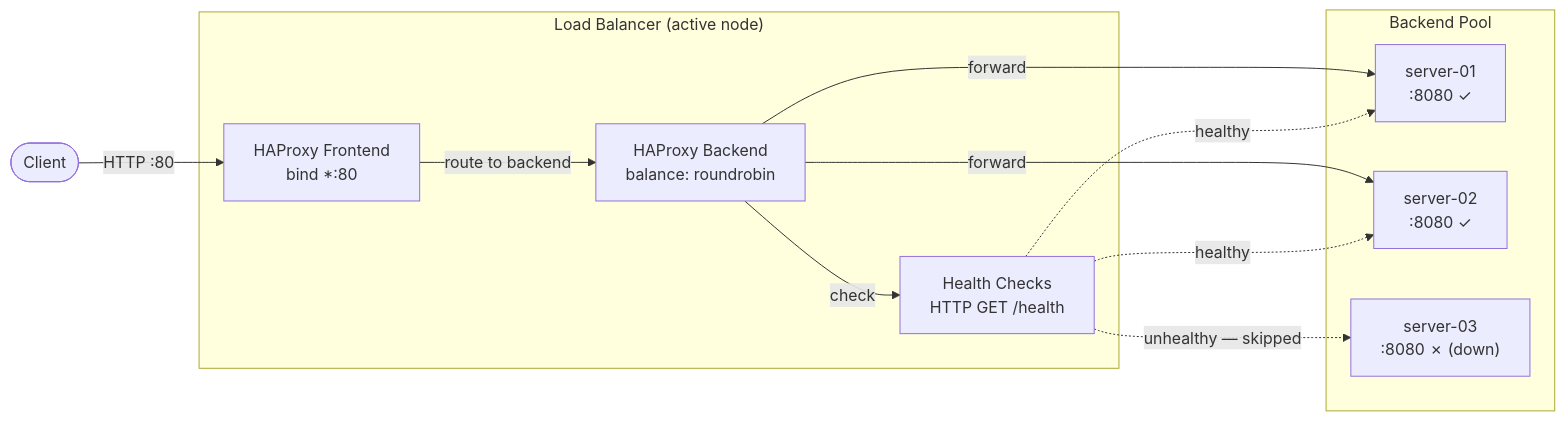
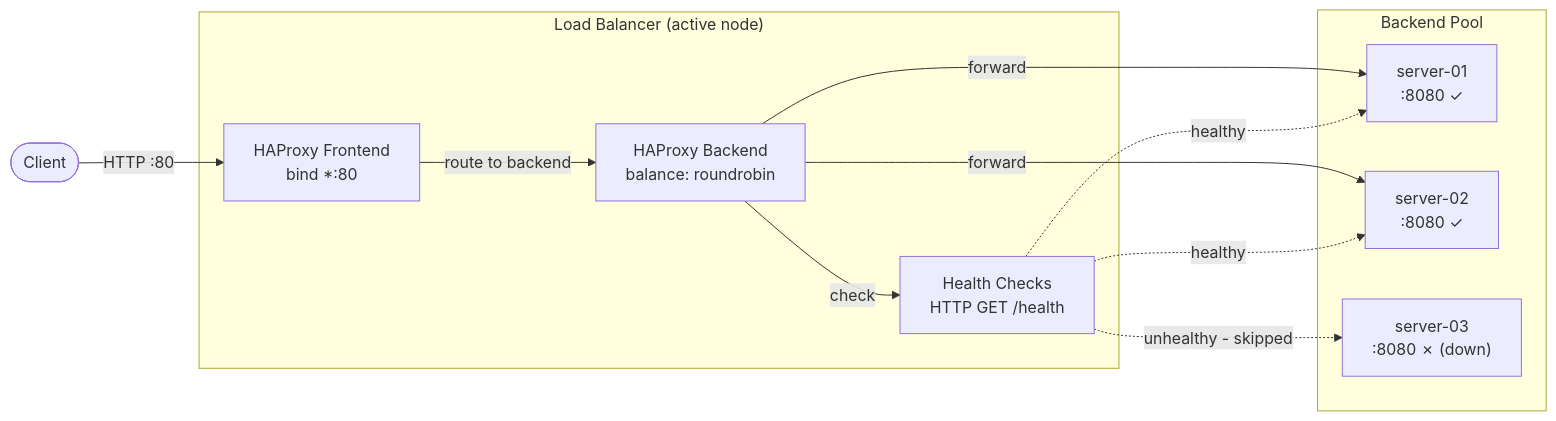
Before and after one commit to devopsgroupeu/ansible-role-haproxy-keepalived: the second of 5 diagrams in docs/ARCHITECTURE.md, drawn with Mermaid. The commit also changed other lines of this file and 58 other files, not shown here.

````diff
--- a/docs/ARCHITECTURE.md
+++ b/docs/ARCHITECTURE.md
@@ -61,25 +61,25 @@
 ```mermaid
 flowchart LR
     C(["Client"])
 
     subgraph lb ["Load Balancer (active node)"]
         FE["HAProxy Frontend\nbind *:80"]
         BE["HAProxy Backend\nbalance: roundrobin"]
         HC["Health Checks\nHTTP GET /health"]
     end
 
     subgraph pool ["Backend Pool"]
         S1["server-01\n:8080 ✓"]
         S2["server-02\n:8080 ✓"]
         S3["server-03\n:8080 ✗ (down)"]
     end
 
     C -->|"HTTP :80"| FE
     FE -->|"route to backend"| BE
     BE -->|"check"| HC
     HC -.->|"healthy"| S1
     HC -.->|"healthy"| S2
-    HC -.->|"unhealthy — skipped"| S3
+    HC -.->|"unhealthy - skipped"| S3
     BE -->|"forward"| S1
     BE -->|"forward"| S2
 ```
````
